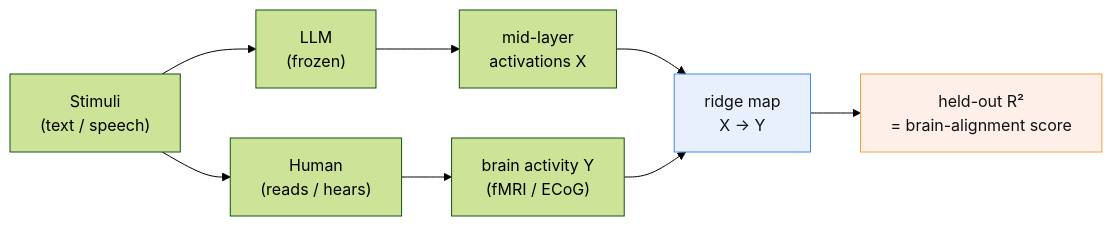
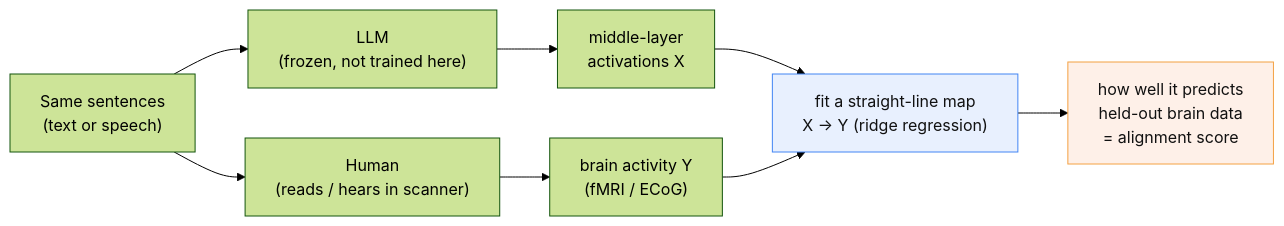
The first of 3 diagrams in docs/reports/R01_llm-brain-mapping.md (MohammadErfan-Jabbari/brain-alignment), drawn with Mermaid (forest theme) before and after one commit. The commit also changed other lines of this file, not shown here.

````diff
--- a/docs/reports/R01_llm-brain-mapping.md
+++ b/docs/reports/R01_llm-brain-mapping.md
@@ -17,12 +24,12 @@
 ```mermaid
 flowchart LR
-    S["Stimuli<br/>(text / speech)"] --> L["LLM<br/>(frozen)"]
-    S --> H["Human<br/>(reads / hears)"]
-    L --> A["mid-layer<br/>activations X"]
-    H --> B["brain activity Y<br/>(fMRI / ECoG)"]
-    A --> R["ridge map<br/>X → Y"]
+    S["Same sentences<br/>(text or speech)"] --> L["LLM<br/>(frozen, not trained here)"]
+    S --> H["Human<br/>(reads / hears in scanner)"]
+    L --> A["middle-layer<br/>activations  X"]
+    H --> B["brain activity  Y<br/>(fMRI / ECoG)"]
+    A --> R["fit a straight-line map<br/>X → Y  (ridge regression)"]
     B --> R
-    R --> Sc["held-out R²<br/>= brain-alignment score"]
+    R --> Sc["how well it predicts<br/>held-out brain data<br/>= alignment score"]
     style R fill:#e8f0fe,stroke:#4285f4,color:#111
     style Sc fill:#fef0e8,stroke:#f4a142,color:#111
 ```
````
